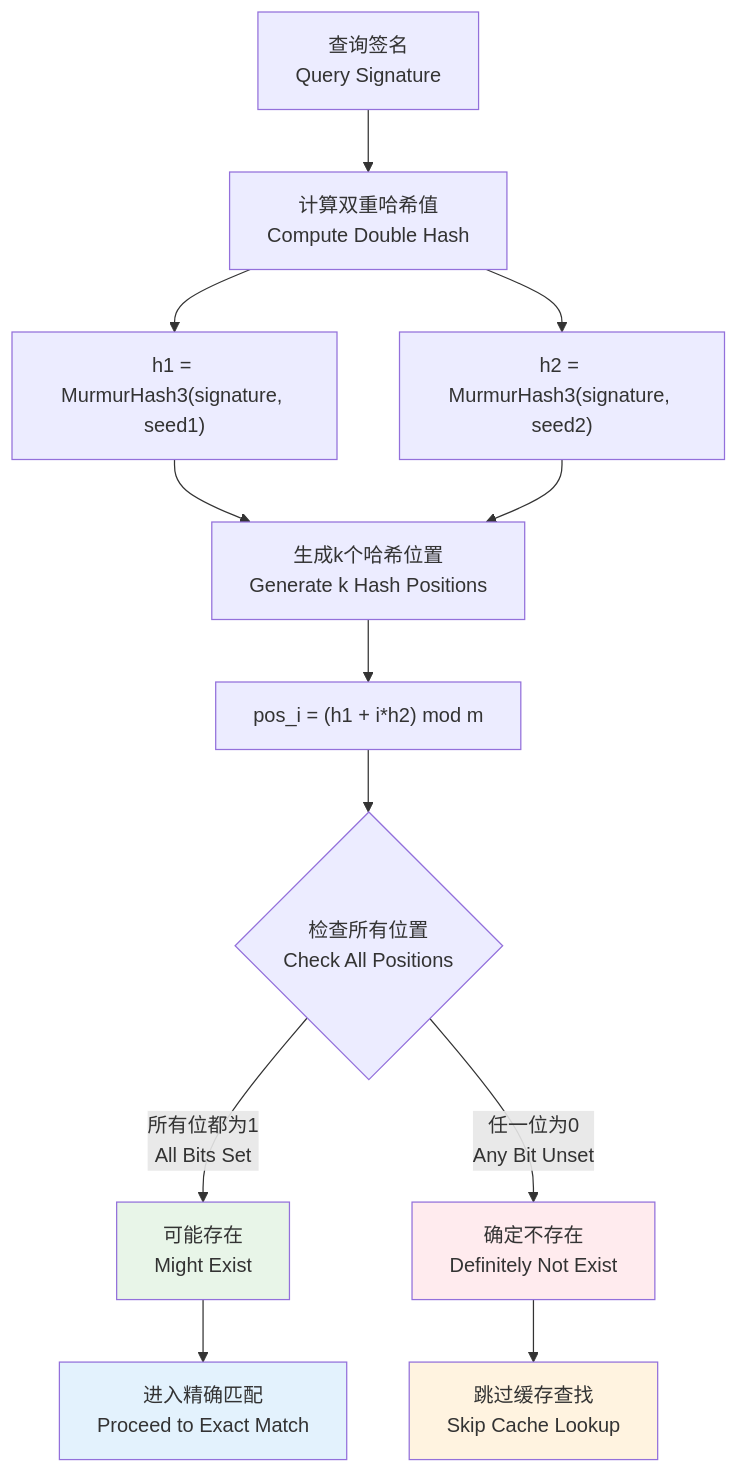
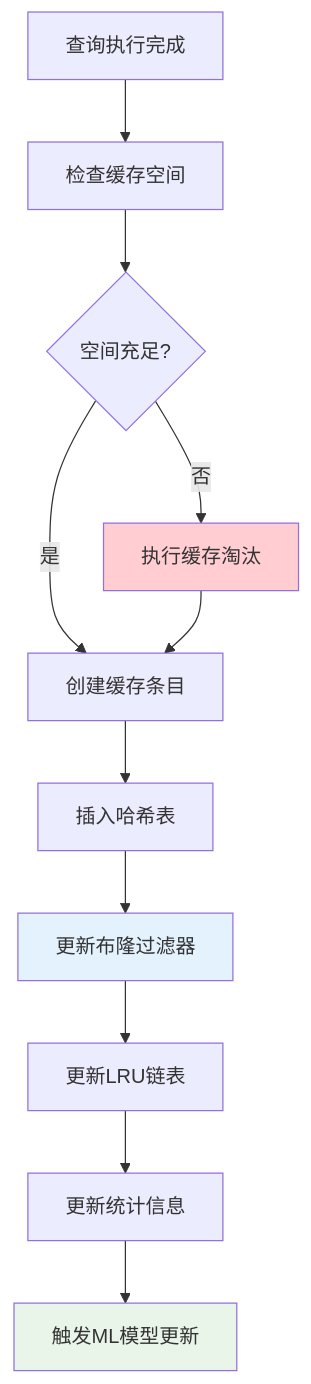
One commit to crazypenguincode/duckdb changed the third of 5 diagrams in md/第三章-动态缓存管理.md. Above: the diagram before and after it, drawn with Mermaid. The commit also changed other lines of this file and 4 other files, not shown here.

````diff
--- a/md/第三章-动态缓存管理.md
+++ b/md/第三章-动态缓存管理.md
@@ -684,22 +414,17 @@
 ```mermaid
 graph TD
-    A[查询签名<br/>Query Signature] --> B[计算双重哈希值<br/>Compute Double Hash]
-    B --> C["h1 = MurmurHash3(signature, seed1)"]
-    B --> D["h2 = MurmurHash3(signature, seed2)"]
+    A[查询执行完成] --> B[检查缓存空间]
+    B --> C{空间充足?}
+    C --> |否| D[执行缓存淘汰]
+    C --> |是| E[创建缓存条目]
+    D --> E
+    E --> F[插入哈希表]
+    F --> G[更新布隆过滤器]
+    G --> H[更新LRU链表]
+    H --> I[更新统计信息]
+    I --> J[触发ML模型更新]
     
-    C --> E[生成k个哈希位置<br/>Generate k Hash Positions]
-    D --> E
-    E --> F["pos_i = (h1 + i*h2) mod m"]
-    
-    F --> G{检查所有位置<br/>Check All Positions}
-    G --> |所有位都为1<br/>All Bits Set| H[可能存在<br/>Might Exist]
-    G --> |任一位为0<br/>Any Bit Unset| I[确定不存在<br/>Definitely Not Exist]
-    
-    H --> J[进入精确匹配<br/>Proceed to Exact Match]
-    I --> K[跳过缓存查找<br/>Skip Cache Lookup]
-    
-    style H fill:#e8f5e8
-    style I fill:#ffebee
-    style J fill:#e3f2fd
-    style K fill:#fff3e0
+    style D fill:#ffcdd2
+    style G fill:#e3f2fd
+    style J fill:#e8f5e8
 ```
````
